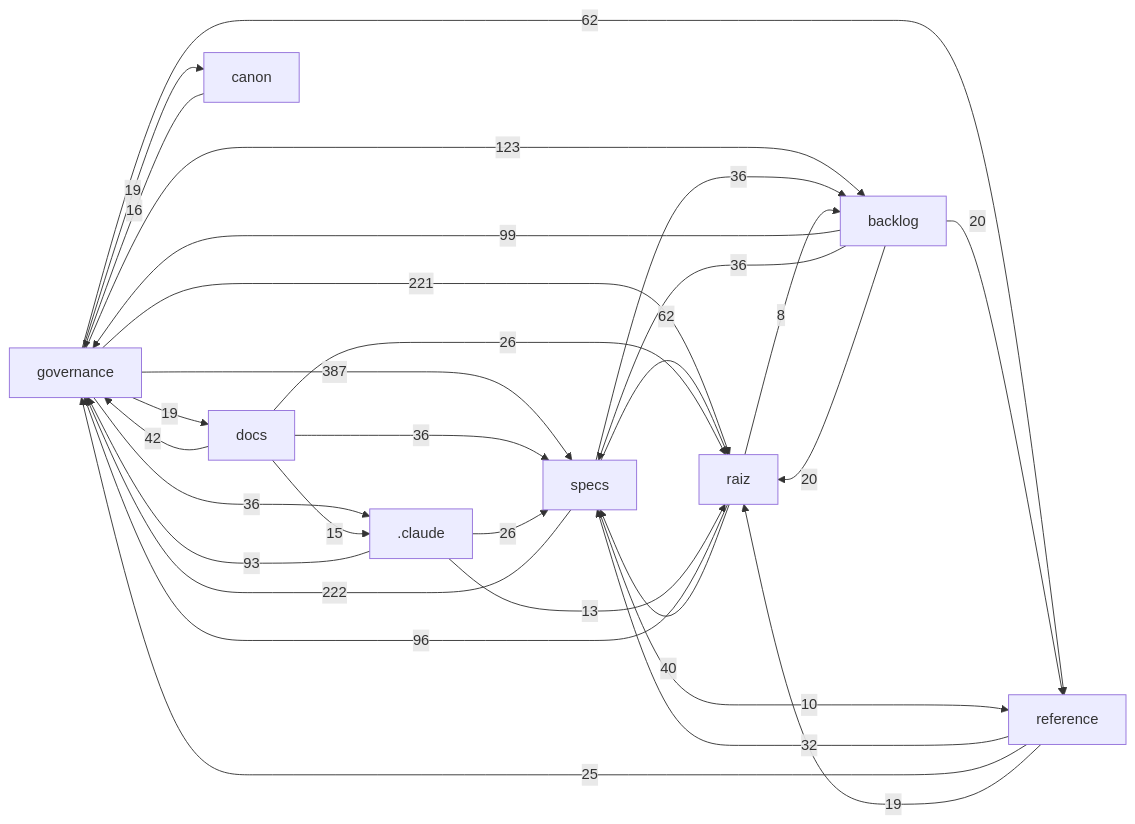
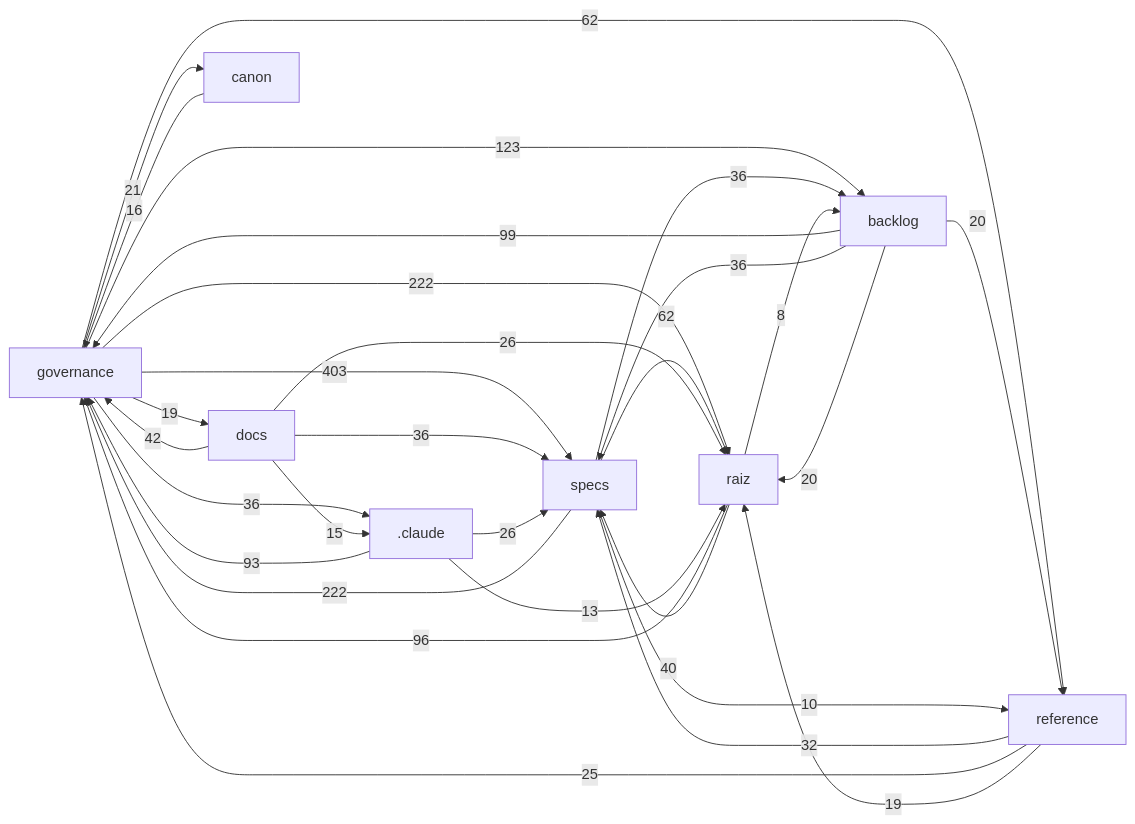
Before and after one commit to Andraus35/Sistema-Operacional-de-Trading--SOT: the diagram in docs/mapa/MAPA-PROJETO.md, drawn with Mermaid. The commit also changed other lines of this file and 3 other files, not shown here.

````diff
--- a/docs/mapa/MAPA-PROJETO.md
+++ b/docs/mapa/MAPA-PROJETO.md
@@ -29,32 +29,32 @@
 ```mermaid
 flowchart LR
-  governance["governance"] -->|387| specs["specs"]
+  governance["governance"] -->|403| specs["specs"]
+  governance["governance"] -->|222| raiz["raiz"]
   specs["specs"] -->|222| governance["governance"]
-  governance["governance"] -->|221| raiz["raiz"]
   governance["governance"] -->|123| backlog["backlog"]
   backlog["backlog"] -->|99| governance["governance"]
   raiz["raiz"] -->|96| governance["governance"]
   _claude[".claude"] -->|93| governance["governance"]
   governance["governance"] -->|62| reference["reference"]
   specs["specs"] -->|62| raiz["raiz"]
   docs["docs"] -->|42| governance["governance"]
   raiz["raiz"] -->|40| specs["specs"]
   backlog["backlog"] -->|36| specs["specs"]
   docs["docs"] -->|36| specs["specs"]
   governance["governance"] -->|36| _claude[".claude"]
   specs["specs"] -->|36| backlog["backlog"]
   reference["reference"] -->|32| specs["specs"]
   _claude[".claude"] -->|26| specs["specs"]
   docs["docs"] -->|26| raiz["raiz"]
   reference["reference"] -->|25| governance["governance"]
+  governance["governance"] -->|21| canon["canon"]
   backlog["backlog"] -->|20| raiz["raiz"]
   backlog["backlog"] -->|20| reference["reference"]
   governance["governance"] -->|19| docs["docs"]
-  governance["governance"] -->|19| canon["canon"]
   reference["reference"] -->|19| raiz["raiz"]
   canon["canon"] -->|16| governance["governance"]
   docs["docs"] -->|15| _claude[".claude"]
   _claude[".claude"] -->|13| raiz["raiz"]
   specs["specs"] -->|10| reference["reference"]
   raiz["raiz"] -->|8| backlog["backlog"]
 ```
````
